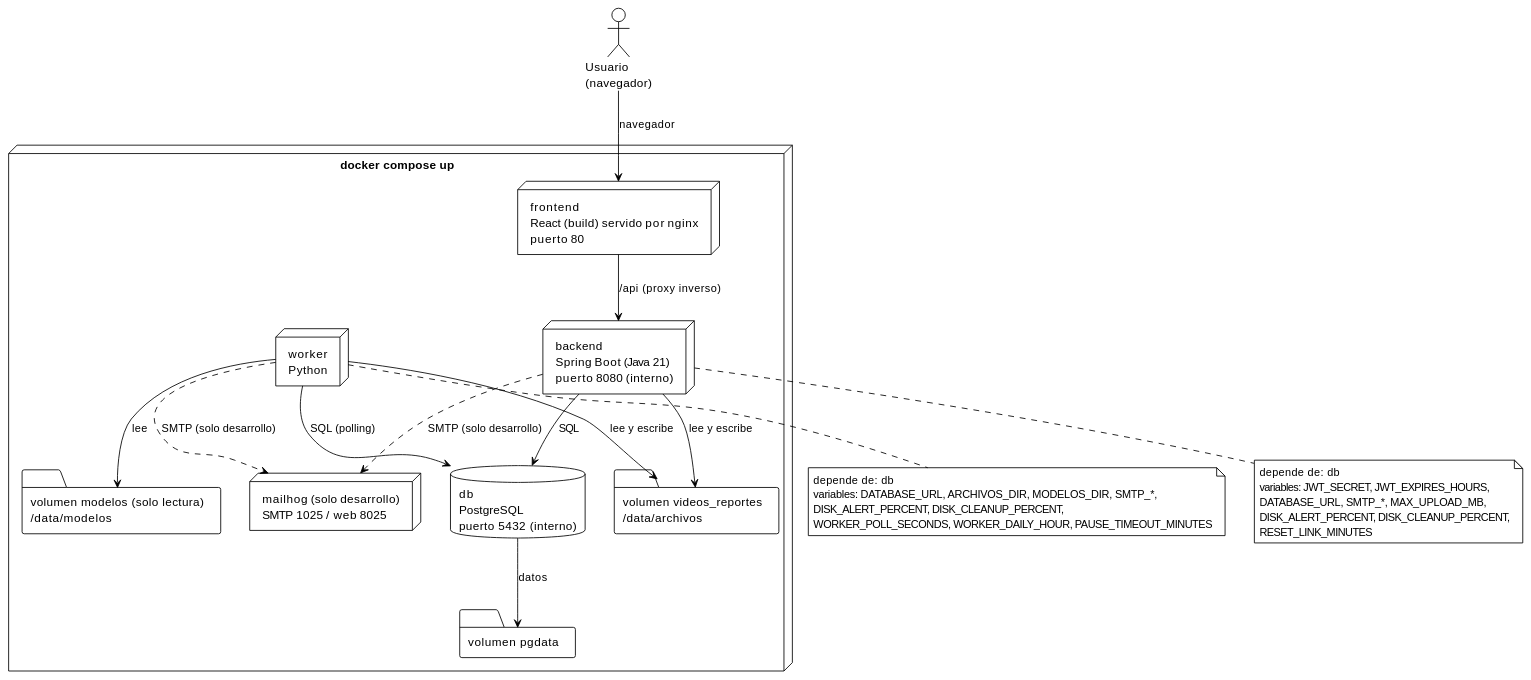
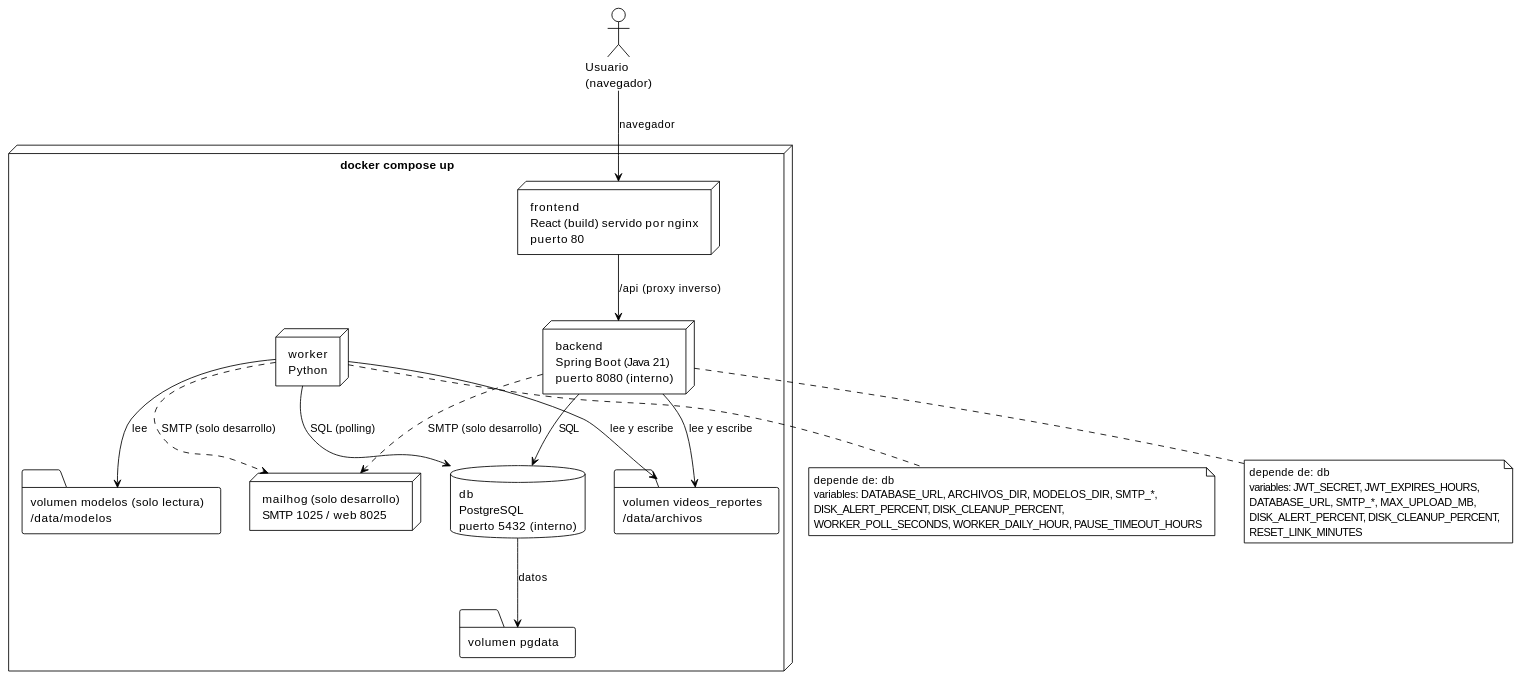
One commit to ErickJester/fst-ai-system-latex changed the tenth of 40 diagrams in INSTRUCCIONES-WEB.md. Above: the diagram before and after it, drawn with PlantUML. The commit also changed other lines of this file and 34 other files, not shown here.

````diff
--- a/INSTRUCCIONES-WEB.md
+++ b/INSTRUCCIONES-WEB.md
@@ -1526,47 +1529,47 @@
 ```plantuml
 @startuml contenedores_docker
 !theme plain
 skinparam defaultFontName Arial
 skinparam shadowing false
 skinparam BackgroundColor White
 
 actor "Usuario\n(navegador)" as U
 
 node "docker compose up" {
   node "frontend\nReact (build) servido por nginx\npuerto 80" as fe
   node "backend\nSpring Boot (Java 21)\npuerto 8080 (interno)" as be
   node "worker\nPython" as wk
   database "db\nPostgreSQL\npuerto 5432 (interno)" as db
   node "mailhog (solo desarrollo)\nSMTP 1025 / web 8025" as ml
   folder "volumen videos_reportes\n/data/archivos" as vf
   folder "volumen modelos (solo lectura)\n/data/modelos" as vm
   folder "volumen pgdata" as vp
 }
 
 U --> fe : navegador
 fe --> be : /api  (proxy inverso)
 be --> db : SQL
 wk --> db : SQL (polling)
 be --> vf : lee y escribe
 wk --> vf : lee y escribe
 wk --> vm : lee
 db --> vp : datos
 be ..> ml : SMTP (solo desarrollo)
 wk ..> ml : SMTP (solo desarrollo)
 
 note bottom of be
   depende de: db
   variables: JWT_SECRET, JWT_EXPIRES_HOURS,
   DATABASE_URL, SMTP_*, MAX_UPLOAD_MB,
   DISK_ALERT_PERCENT, DISK_CLEANUP_PERCENT,
   RESET_LINK_MINUTES
 end note
 
 note bottom of wk
   depende de: db
   variables: DATABASE_URL, ARCHIVOS_DIR, MODELOS_DIR, SMTP_*,
   DISK_ALERT_PERCENT, DISK_CLEANUP_PERCENT,
-  WORKER_POLL_SECONDS, WORKER_DAILY_HOUR, PAUSE_TIMEOUT_MINUTES
+  WORKER_POLL_SECONDS, WORKER_DAILY_HOUR, PAUSE_TIMEOUT_HOURS
 end note
 @enduml
 ```
````
